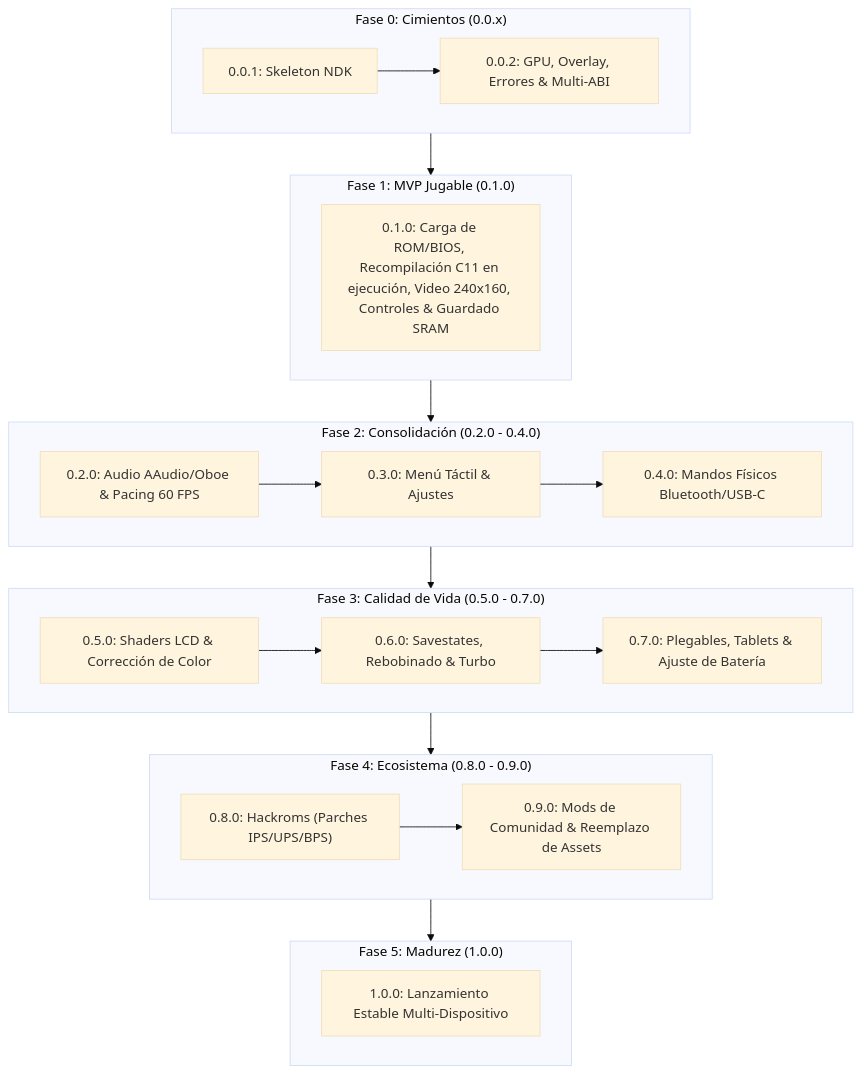
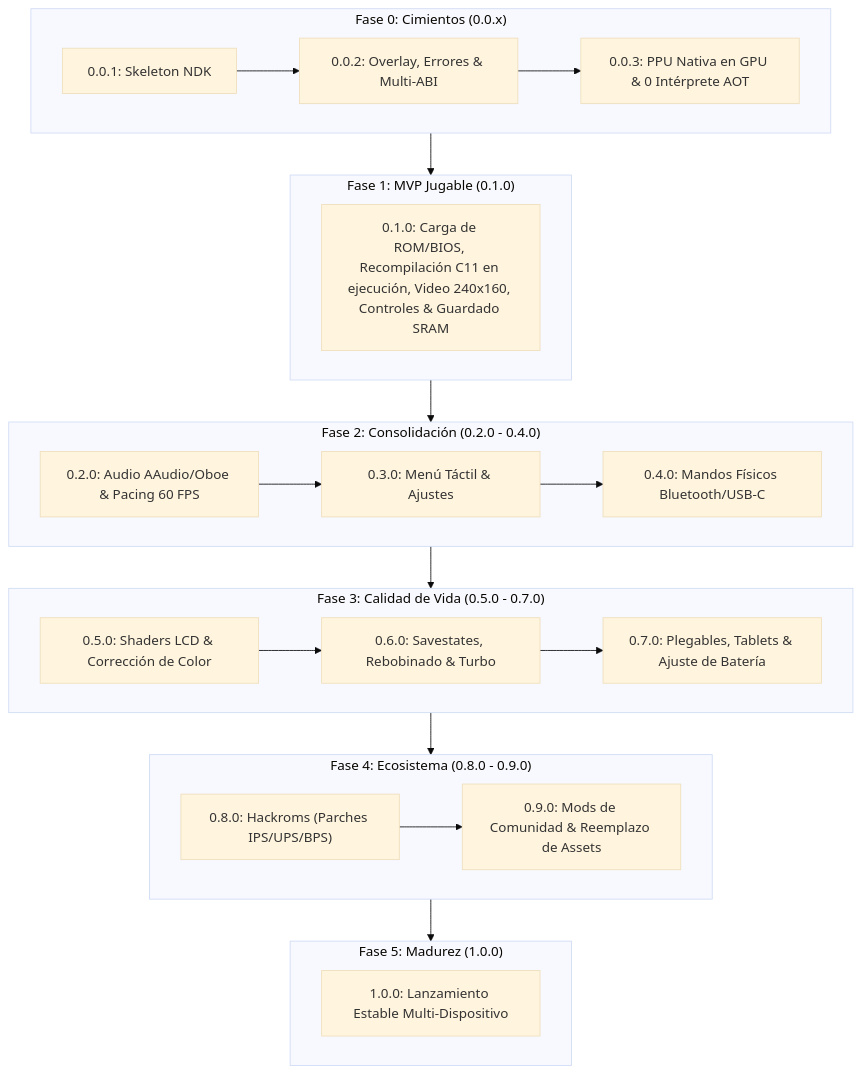
Before and after one commit to FelipeRomeroDUOC/blazing-recomp: the diagram in docs/explicacion/roadmap-y-versionado.md, drawn with Mermaid (base theme). The commit also changed other lines of this file and 8 other files, not shown here.

````diff
--- a/docs/explicacion/roadmap-y-versionado.md
+++ b/docs/explicacion/roadmap-y-versionado.md
@@ -49,36 +50,36 @@
 ```mermaid
 flowchart TD
     subgraph Fase0["Fase 0: Cimientos (0.0.x)"]
-        F0A["0.0.1: Skeleton NDK"] --> F0B["0.0.2: GPU, Overlay, Errores & Multi-ABI"]
+        F0A["0.0.1: Skeleton NDK"] --> F0B["0.0.2: Overlay, Errores & Multi-ABI"] --> F0C["0.0.3: PPU Nativa en GPU & 0 Intérprete AOT"]
     end
     
     subgraph Fase1["Fase 1: MVP Jugable (0.1.0)"]
         F1A["0.1.0: Carga de ROM/BIOS, Recompilación C11 en ejecución, Video 240x160, Controles & Guardado SRAM"]
     end
     
     subgraph Fase2["Fase 2: Consolidación (0.2.0 - 0.4.0)"]
         F2A["0.2.0: Audio AAudio/Oboe & Pacing 60 FPS"]
         F2B["0.3.0: Menú Táctil & Ajustes"]
         F2C["0.4.0: Mandos Físicos Bluetooth/USB-C"]
         F2A --> F2B --> F2C
     end
     
     subgraph Fase3["Fase 3: Calidad de Vida (0.5.0 - 0.7.0)"]
         F3A["0.5.0: Shaders LCD & Corrección de Color"]
         F3B["0.6.0: Savestates, Rebobinado & Turbo"]
         F3C["0.7.0: Plegables, Tablets & Ajuste de Batería"]
         F3A --> F3B --> F3C
     end
     
     subgraph Fase4["Fase 4: Ecosistema (0.8.0 - 0.9.0)"]
         F4A["0.8.0: Hackroms (Parches IPS/UPS/BPS)"]
         F4B["0.9.0: Mods de Comunidad & Reemplazo de Assets"]
         F4A --> F4B
     end
     
     subgraph Fase5["Fase 5: Madurez (1.0.0)"]
         F5A["1.0.0: Lanzamiento Estable Multi-Dispositivo"]
     end
 
     Fase0 --> Fase1 --> Fase2 --> Fase3 --> Fase4 --> Fase5
 ```
````
